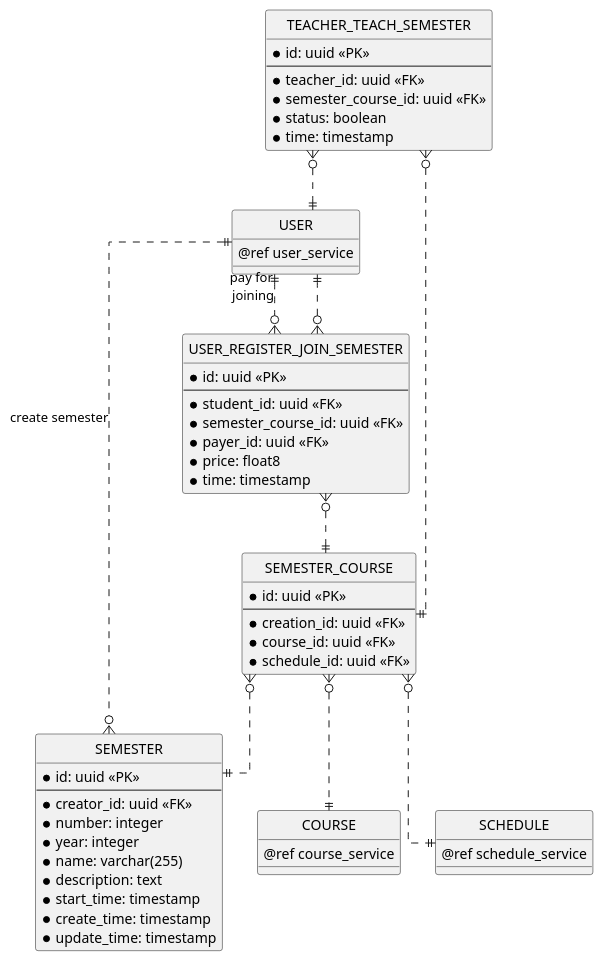
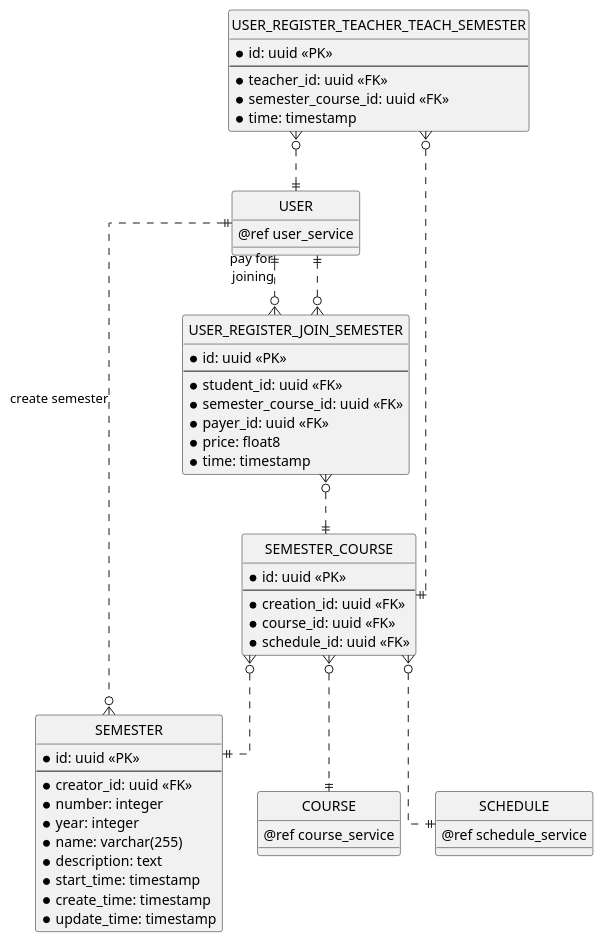
The sixth of 13 diagrams in erd.md (chungnguyenbkcse/ERD-USECASE-KIDSDRAWING), drawn with PlantUML before and after one commit. The commit also changed other lines of this file and 2 other files, not shown here.

````diff
--- a/erd.md
+++ b/erd.md
@@ -324,73 +295,73 @@
 ```plantuml
 @startuml semester_service
 ' hide the spot
 hide circle
 
 ' avoid problems with angled crows feet
 skinparam linetype ortho
 
 entity "USER" as user {
     @ref user_service
 }
 
 entity "COURSE" as course {
     @ref course_service
 }
 
 entity "SEMESTER" as semester_creation {
     * id: uuid <<PK>>
     --
     * creator_id: uuid <<FK>>
     * number: integer 
     * year: integer
     * name: varchar(255)
     * description: text
     * start_time: timestamp
     * create_time: timestamp
     * update_time: timestamp
 }
 
 entity "SEMESTER_COURSE" as semester_course {
     * id: uuid <<PK>>
     --
     * creation_id: uuid <<FK>>
     * course_id: uuid <<FK>>
     * schedule_id: uuid <<FK>>
 }
 
 entity "SCHEDULE" as schedule {
     @ref schedule_service
 }
 
+
 entity "USER_REGISTER_JOIN_SEMESTER" as user_register_join_semester {
     * id: uuid <<PK>>
     --
     * student_id: uuid <<FK>>
     * semester_course_id: uuid <<FK>>
     * payer_id: uuid <<FK>>
     * price: float8
     * time: timestamp
 }
 
-entity "TEACHER_TEACH_SEMESTER" as user_register_teach_semester {
+entity "USER_REGISTER_TEACHER_TEACH_SEMESTER" as user_register_teach_semester {
     * id: uuid <<PK>>
     --
     * teacher_id: uuid <<FK>>
     * semester_course_id: uuid <<FK>>
-    * status: boolean
     * time: timestamp
 }
 
 ' Semester Relationship
 
 user ||..o{ user_register_join_semester: pay for\n joining
 user ||..o{ semester_creation: create semester
 user_register_teach_semester }o..|| user
 user_register_teach_semester }o..|| semester_course
 user_register_join_semester }o..|| user
 user_register_join_semester }o..|| semester_course
 semester_course }o..|| course
 semester_course }o..|| semester_creation
 semester_course }o..|| schedule
 @enduml
 ```
````
